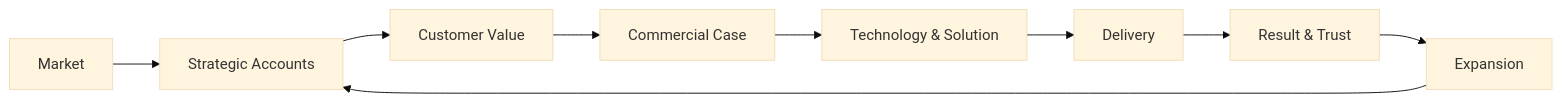
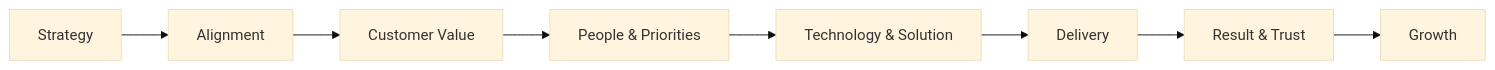
One commit to psilva-git/enterprise-ai-delivery changed the diagram in README.md. Above: the diagram before and after it, drawn with Mermaid (base theme). The commit also changed other lines of this file, not shown here.

Commit message:
Refocus executive positioning on leadership outcomes and business value

````diff
--- a/README.md
+++ b/README.md
@@ -191,11 +196,10 @@
 ```mermaid
 flowchart LR
-    M[Market] --> A[Strategic Accounts]
-    A --> V[Customer Value]
-    V --> C[Commercial Case]
-    C --> T[Technology & Solution]
+    S[Strategy] --> A[Alignment]
+    A --> C[Customer Value]
+    C --> P[People & Priorities]
+    P --> T[Technology & Solution]
     T --> D[Delivery]
     D --> R[Result & Trust]
-    R --> X[Expansion]
-    X --> A
+    R --> G[Growth]
 ```
````
